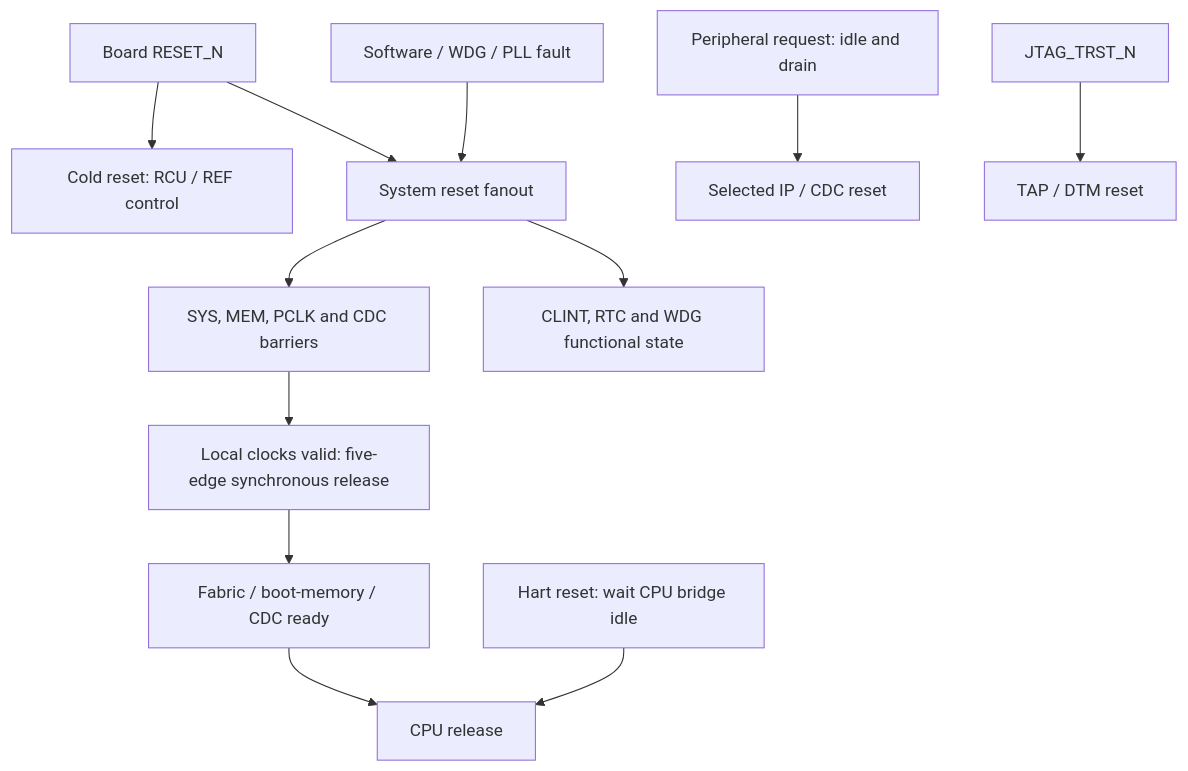
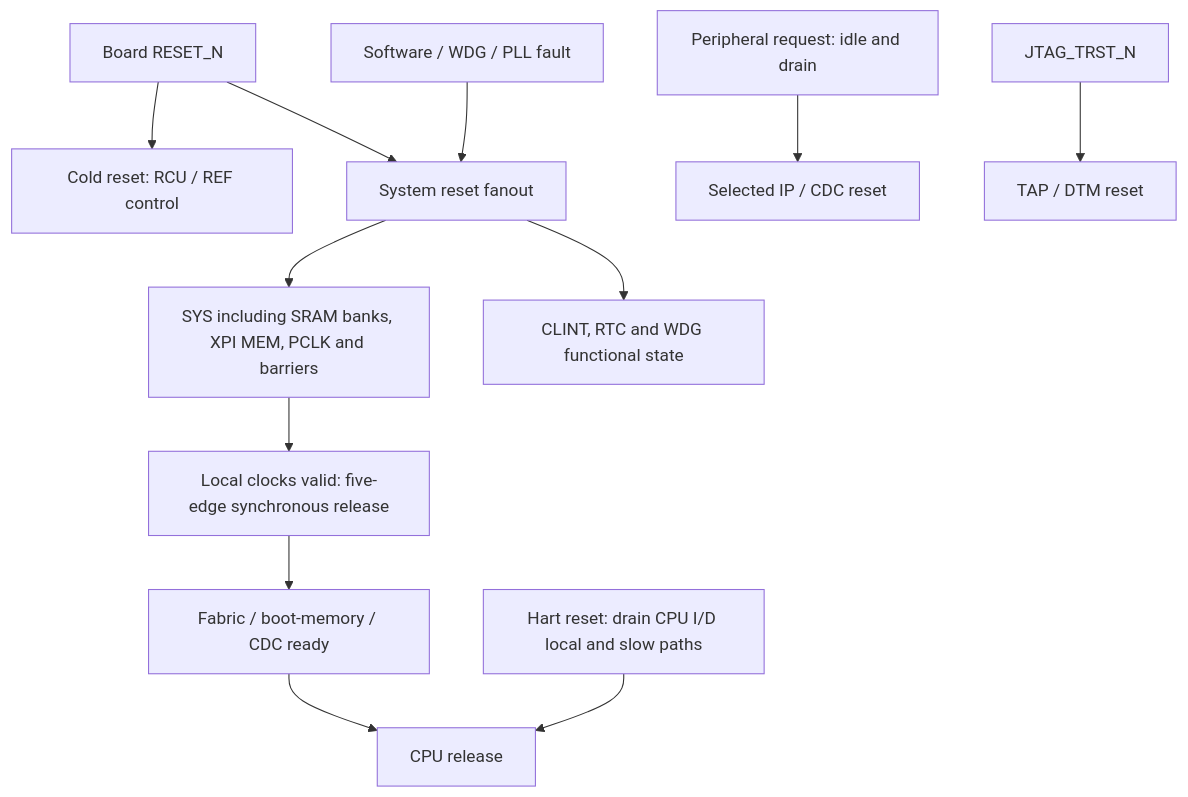
Before and after one commit to retroSoC/retroSoC: the third of 3 diagrams in docs/ip/tiny-soc.md, drawn with Mermaid. The commit also changed other lines of this file and 12 other files, not shown here.

````diff
--- a/docs/ip/tiny-soc.md
+++ b/docs/ip/tiny-soc.md
@@ -832,14 +1141,14 @@
 ```mermaid
 flowchart TD
     ext["Board RESET_N"] --> aon["Cold reset: RCU / REF control"]
     ext --> system["System reset fanout"]
     warm["Software / WDG / PLL fault"] --> system
-    system --> domains["SYS, MEM, PCLK and CDC barriers"]
+    system --> domains["SYS including SRAM banks, XPI MEM, PCLK and barriers"]
     system --> time["CLINT, RTC and WDG functional state"]
     domains --> release["Local clocks valid: five-edge synchronous release"]
     release --> ready["Fabric / boot-memory / CDC ready"]
     ready --> cpu["CPU release"]
-    debug["Hart reset: wait CPU bridge idle"] --> cpu
+    debug["Hart reset: drain CPU I/D local and slow paths"] --> cpu
     local["Peripheral request: idle and drain"] --> peripheral["Selected IP / CDC reset"]
     trst["JTAG_TRST_N"] --> tap["TAP / DTM reset"]
 ```
````
